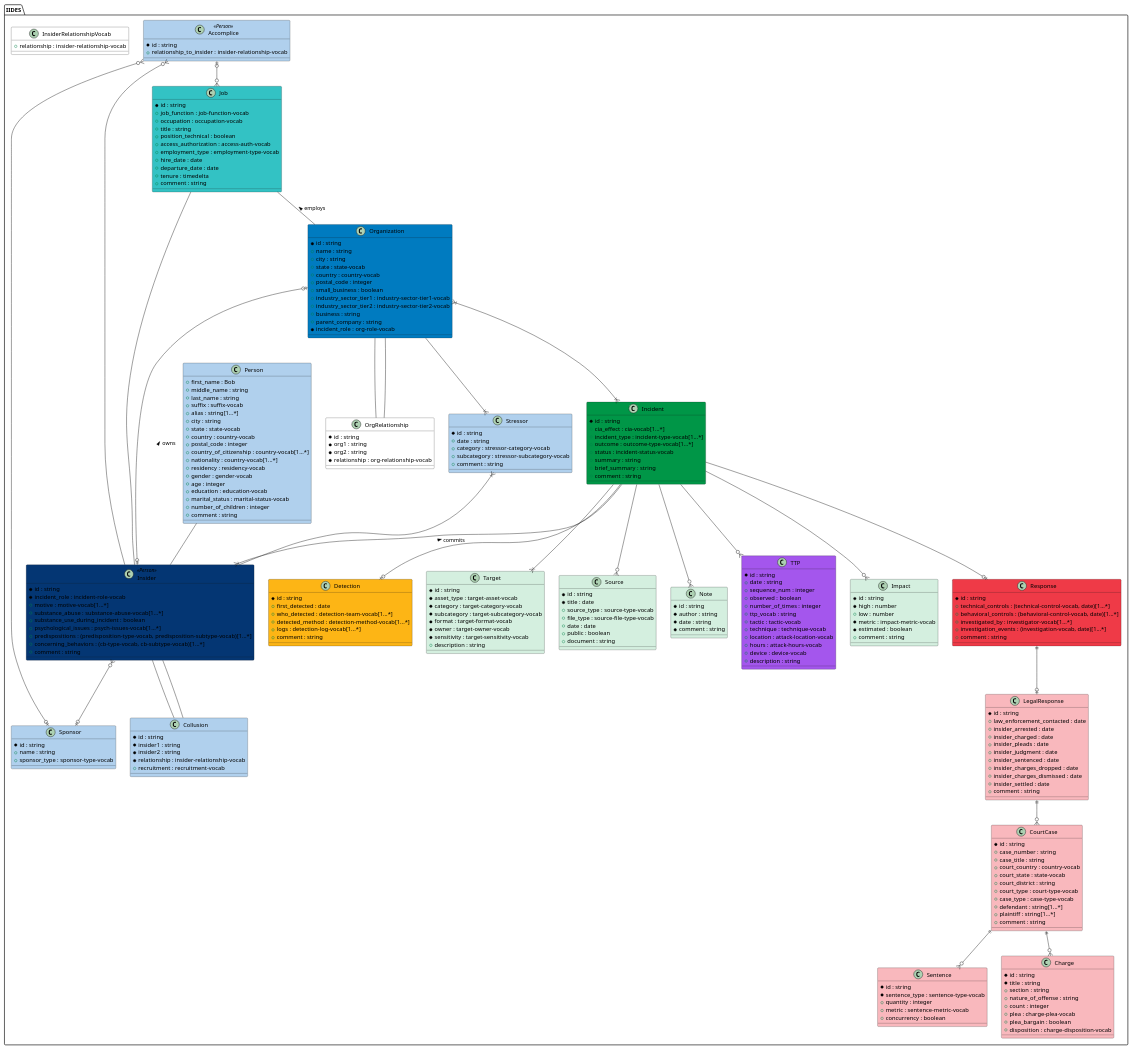
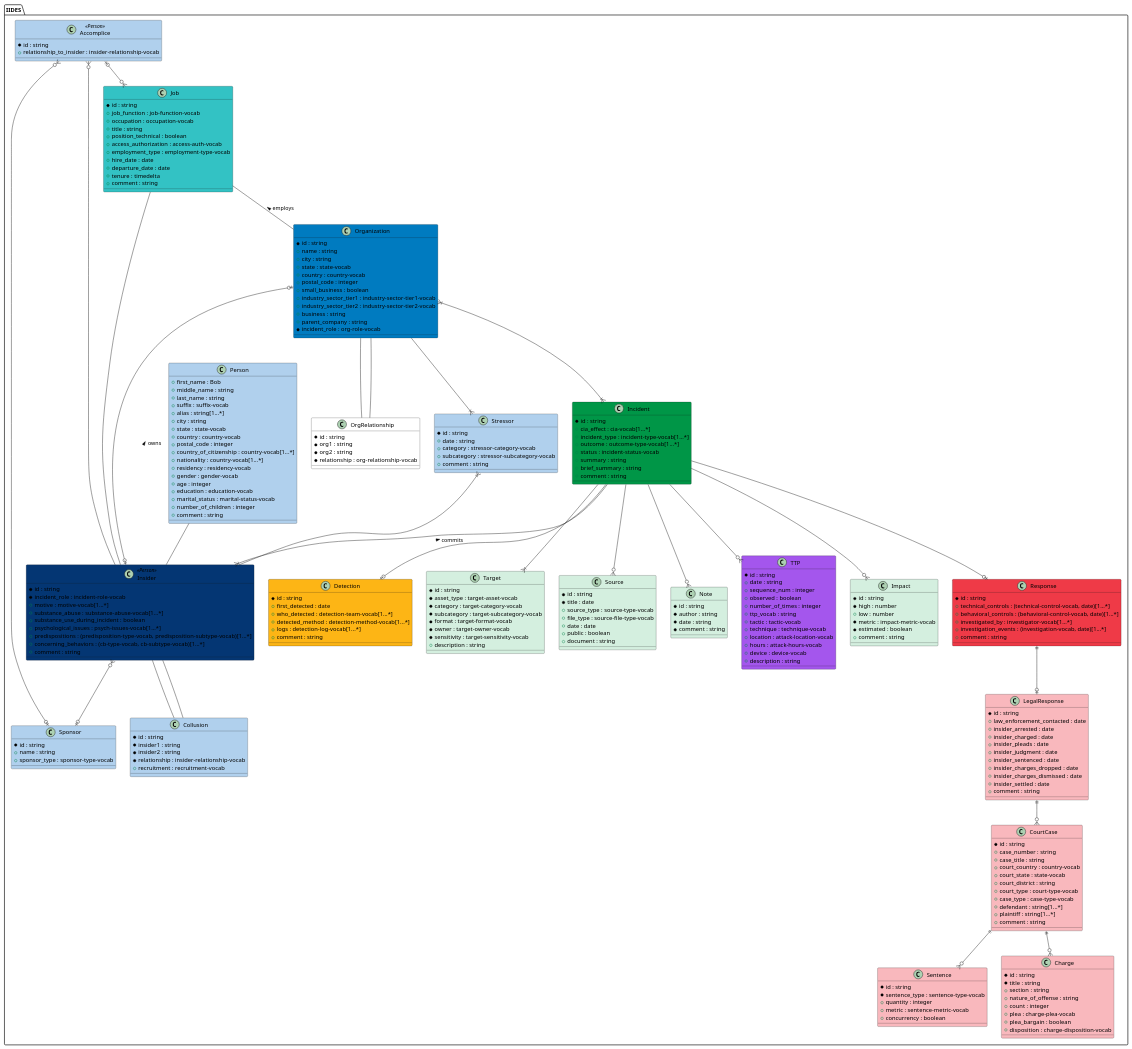
Before and after one commit to cmu-sei/iides: the diagram in examples/example2/example2.wsd, drawn with PlantUML. The commit also changed 4 other files, not shown here.

```diff
--- a/examples/example2/example2.wsd
+++ b/examples/example2/example2.wsd
@@ -192,9 +192,6 @@
 	+ logs : detection-log-vocab[1...*] 
 	+ comment : string 
 }
-class InsiderRelationshipVocab #FFFFFF {
-	+ relationship : insider-relationship-vocab 
-}
 class OrgRelationship #FFFFFF {
 	* id : string 
 	* org1 : string 
```
